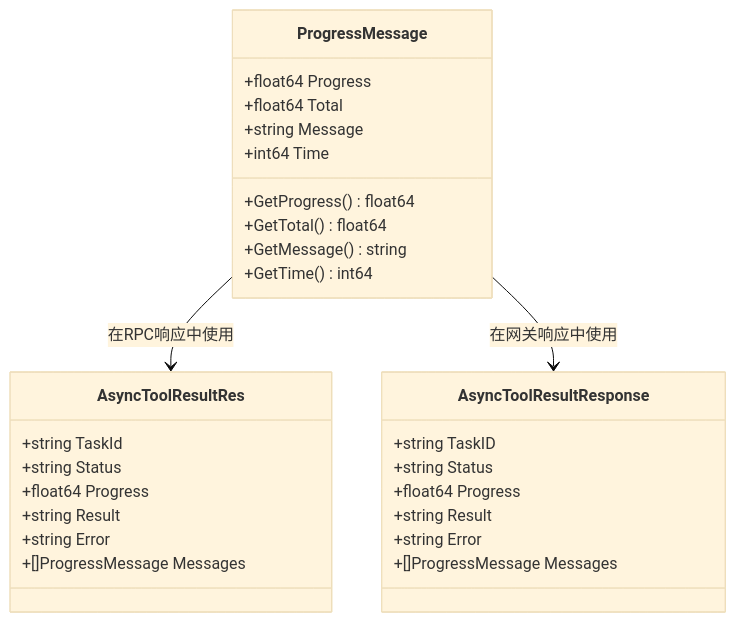
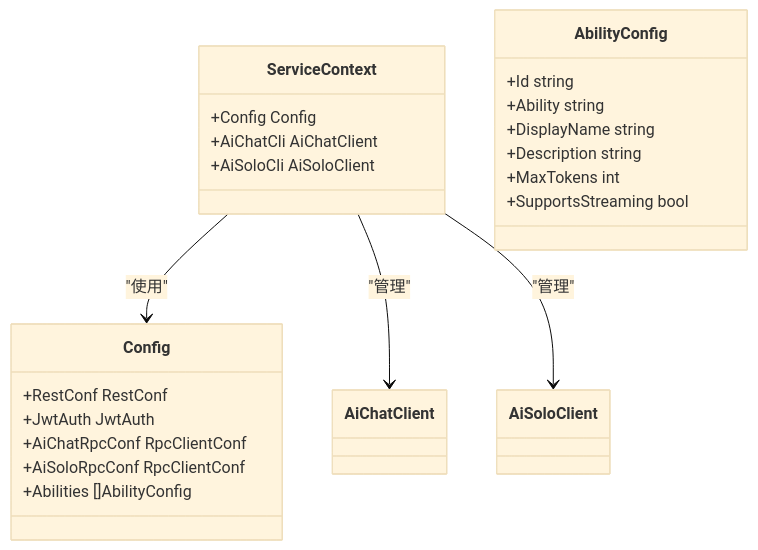
One commit to maomao94/zero-service changed the third of 4 diagrams in .qoder/repowiki/zh/content/网关与接口/AI网关服务.md. Above: the diagram before and after it, drawn with Mermaid (base theme). The commit also changed other lines of this file and 58 other files, not shown here.

````diff
--- a/.qoder/repowiki/zh/content/网关与接口/AI网关服务.md
+++ b/.qoder/repowiki/zh/content/网关与接口/AI网关服务.md
@@ -956,31 +169,26 @@
 ```mermaid
 classDiagram
-class ProgressMessage {
-+float64 Progress
-+float64 Total
-+string Message
-+int64 Time
-+GetProgress() float64
-+GetTotal() float64
-+GetMessage() string
-+GetTime() int64
+class ServiceContext {
++Config Config
++AiChatCli AiChatClient
++AiSoloCli AiSoloClient
 }
-class AsyncToolResultRes {
-+string TaskId
-+string Status
-+float64 Progress
-+string Result
-+string Error
-+[]ProgressMessage Messages
+class Config {
++RestConf RestConf
++JwtAuth JwtAuth
++AiChatRpcConf RpcClientConf
++AiSoloRpcConf RpcClientConf
++Abilities []AbilityConfig
 }
-class AsyncToolResultResponse {
-+string TaskID
-+string Status
-+float64 Progress
-+string Result
-+string Error
-+[]ProgressMessage Messages
+class AbilityConfig {
++Id string
++Ability string
++DisplayName string
++Description string
++MaxTokens int
++SupportsStreaming bool
 }
-ProgressMessage --> AsyncToolResultRes : 在RPC响应中使用
-ProgressMessage --> AsyncToolResultResponse : 在网关响应中使用
+ServiceContext --> Config : "使用"
+ServiceContext --> AiChatClient : "管理"
+ServiceContext --> AiSoloClient : "管理"
 ```
````
